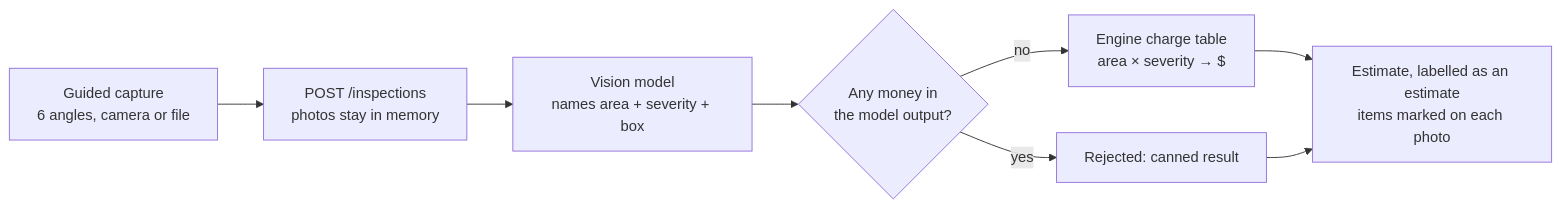
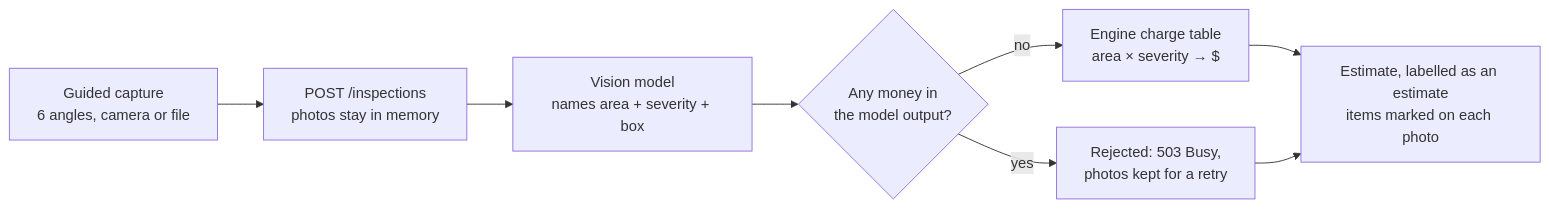
Before and after one commit to vishvacyber/toyota-nextmove: the fifth of 8 diagrams in README.md, drawn with Mermaid. The commit also changed other lines of this file and 43 other files, not shown here.

````diff
--- a/README.md
+++ b/README.md
@@ -224,10 +225,10 @@
 ```mermaid
 flowchart LR
   P["Guided capture<br/>6 angles, camera or file"] --> U["POST /inspections<br/>photos stay in memory"]
   U --> V["Vision model<br/>names area + severity + box"]
   V --> X{"Any money in<br/>the model output?"}
-  X -->|"yes"| F["Rejected: canned result"]
+  X -->|"yes"| F["Rejected: 503 Busy,<br/>photos kept for a retry"]
   X -->|"no"| C["Engine charge table<br/>area × severity → $"]
   C --> R["Estimate, labelled as an estimate<br/>items marked on each photo"]
   F --> R
 ```
````
